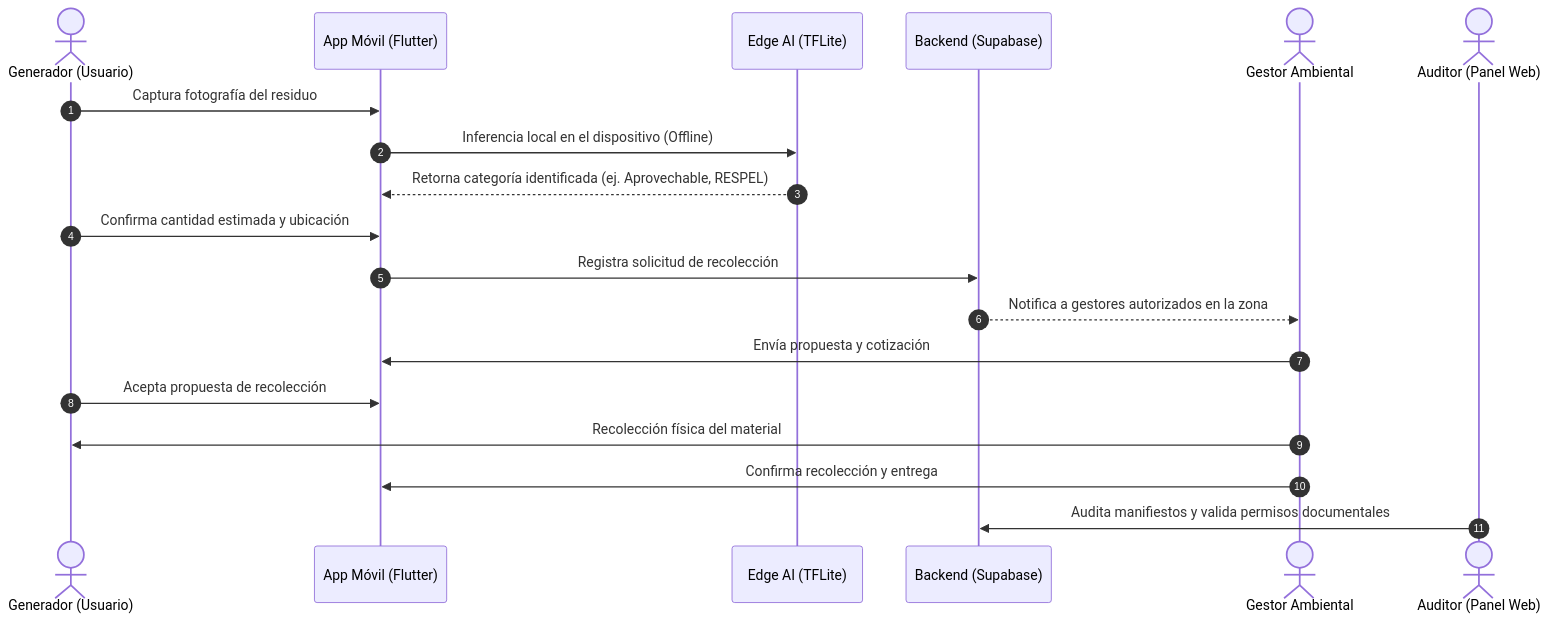
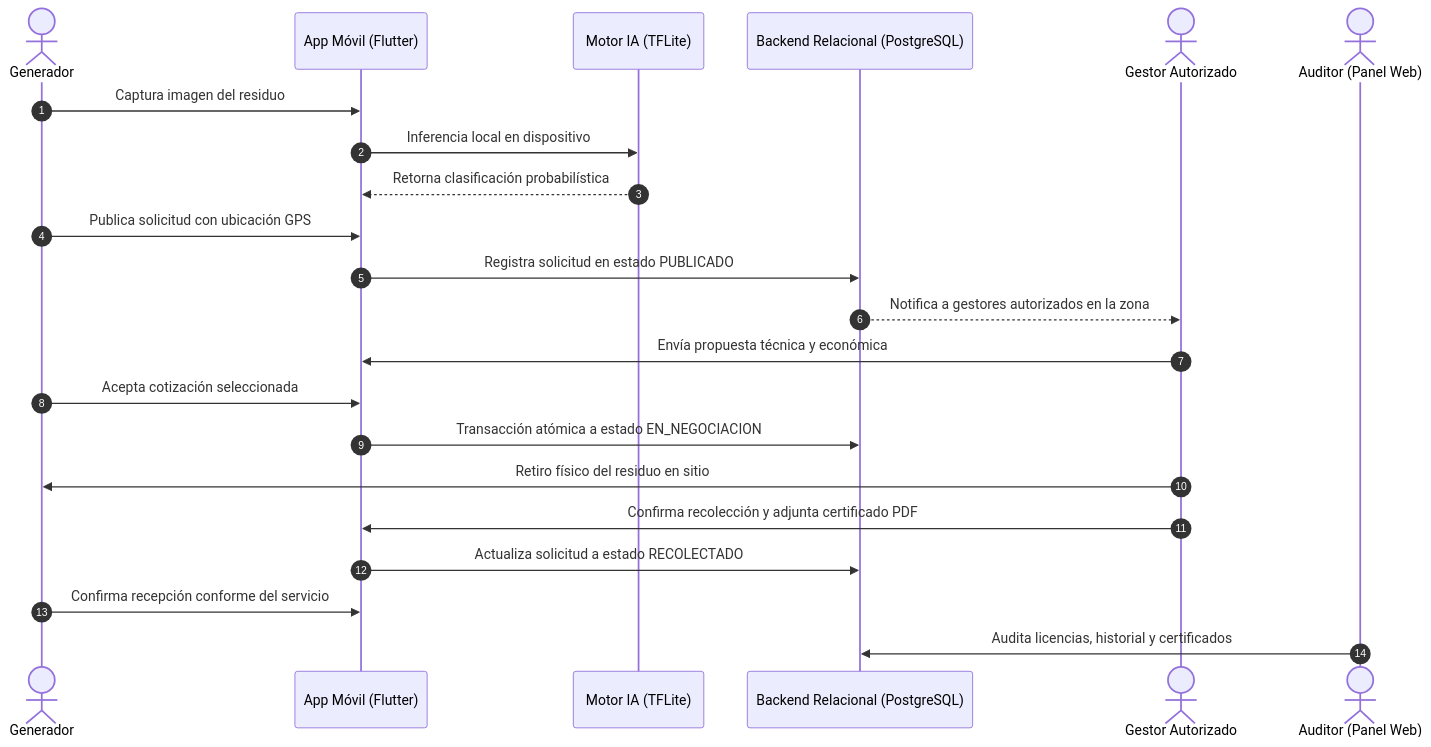
The third of 3 diagrams in README.md (C3RLOSMORENO/EcoResiduos), drawn with Mermaid before and after one commit. The commit also changed other lines of this file and 12 other files, not shown here.

````diff
--- a/README.md
+++ b/README.md
@@ -130,22 +203,25 @@
 ```mermaid
 sequenceDiagram
     autonumber
-    actor Gen as Generador (Usuario)
+    actor Gen as Generador
     participant App as App Móvil (Flutter)
-    participant Edge as Edge AI (TFLite)
-    participant DB as Backend (Supabase)
-    actor Gest as Gestor Ambiental
+    participant Model as Motor IA (TFLite)
+    participant DB as Backend Relacional (PostgreSQL)
+    actor Gest as Gestor Autorizado
     actor Admin as Auditor (Panel Web)
 
-    Gen->>App: Captura fotografía del residuo
-    App->>Edge: Inferencia local en el dispositivo (Offline)
-    Edge-->>App: Retorna categoría identificada (ej. Aprovechable, RESPEL)
-    Gen->>App: Confirma cantidad estimada y ubicación
-    App->>DB: Registra solicitud de recolección
+    Gen->>App: Captura imagen del residuo
+    App->>Model: Inferencia local en dispositivo
+    Model-->>App: Retorna clasificación probabilística
+    Gen->>App: Publica solicitud con ubicación GPS
+    App->>DB: Registra solicitud en estado PUBLICADO
     DB-->>Gest: Notifica a gestores autorizados en la zona
-    Gest->>App: Envía propuesta y cotización
-    Gen->>App: Acepta propuesta de recolección
-    Gest->>Gen: Recolección física del material
-    Gest->>App: Confirma recolección y entrega
-    Admin->>DB: Audita manifiestos y valida permisos documentales
+    Gest->>App: Envía propuesta técnica y económica
+    Gen->>App: Acepta cotización seleccionada
+    App->>DB: Transacción atómica a estado EN_NEGOCIACION
+    Gest->>Gen: Retiro físico del residuo en sitio
+    Gest->>App: Confirma recolección y adjunta certificado PDF
+    App->>DB: Actualiza solicitud a estado RECOLECTADO
+    Gen->>App: Confirma recepción conforme del servicio
+    Admin->>DB: Audita licencias, historial y certificados
 ```
````
